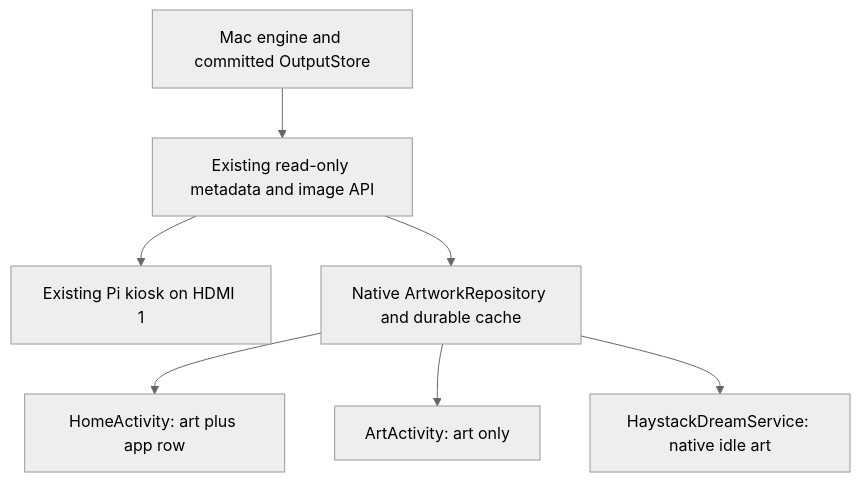
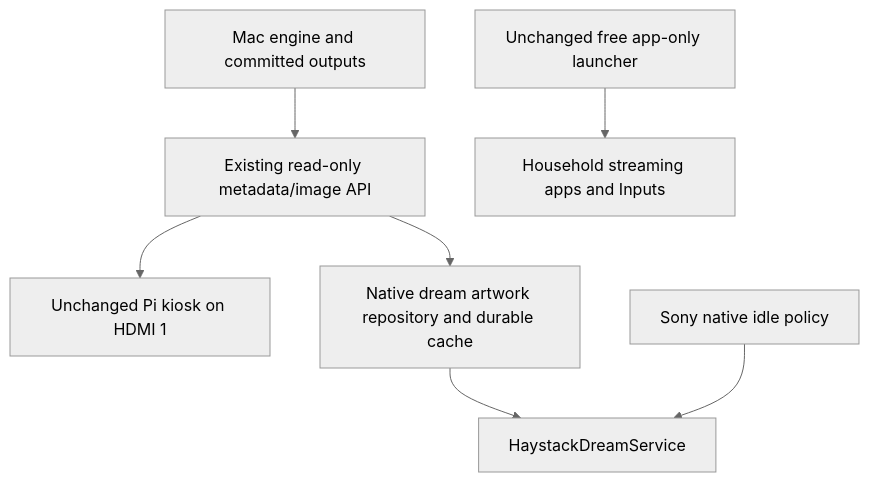
Before and after one commit to andres-monge/haystack: the first of 3 diagrams in docs/plans/2026-10-18-0839-feat-sony-tv-haystack-integration-plan.md, drawn with Mermaid (neutral theme). The commit also changed other lines of this file and 2 other files, not shown here.

Commit message:
docs: narrow TV artwork to screensaver and compare free launchers

````diff
--- a/docs/plans/2026-10-18-0839-feat-sony-tv-haystack-integration-plan.md
+++ b/docs/plans/2026-10-18-0839-feat-sony-tv-haystack-integration-plan.md
@@ -143,9 +140,9 @@
 ```mermaid
 flowchart TB
-  Mac[Mac engine and committed OutputStore] --> API[Existing read-only metadata and image API]
-  API --> Pi[Existing Pi kiosk on HDMI 1]
-  API --> Repo[Native ArtworkRepository and durable cache]
-  Repo --> Home[HomeActivity: art plus app row]
-  Repo --> Full[ArtActivity: art only]
-  Repo --> Dream[HaystackDreamService: native idle art]
+  Mac[Mac engine and committed outputs] --> API[Existing read-only metadata/image API]
+  API --> Pi[Unchanged Pi kiosk on HDMI 1]
+  API --> Cache[Native dream artwork repository and durable cache]
+  Cache --> Dream[HaystackDreamService]
+  Launcher[Unchanged free app-only launcher] --> Apps[Household streaming apps and Inputs]
+  Sony[Sony native idle policy] --> Dream
 ```
````
